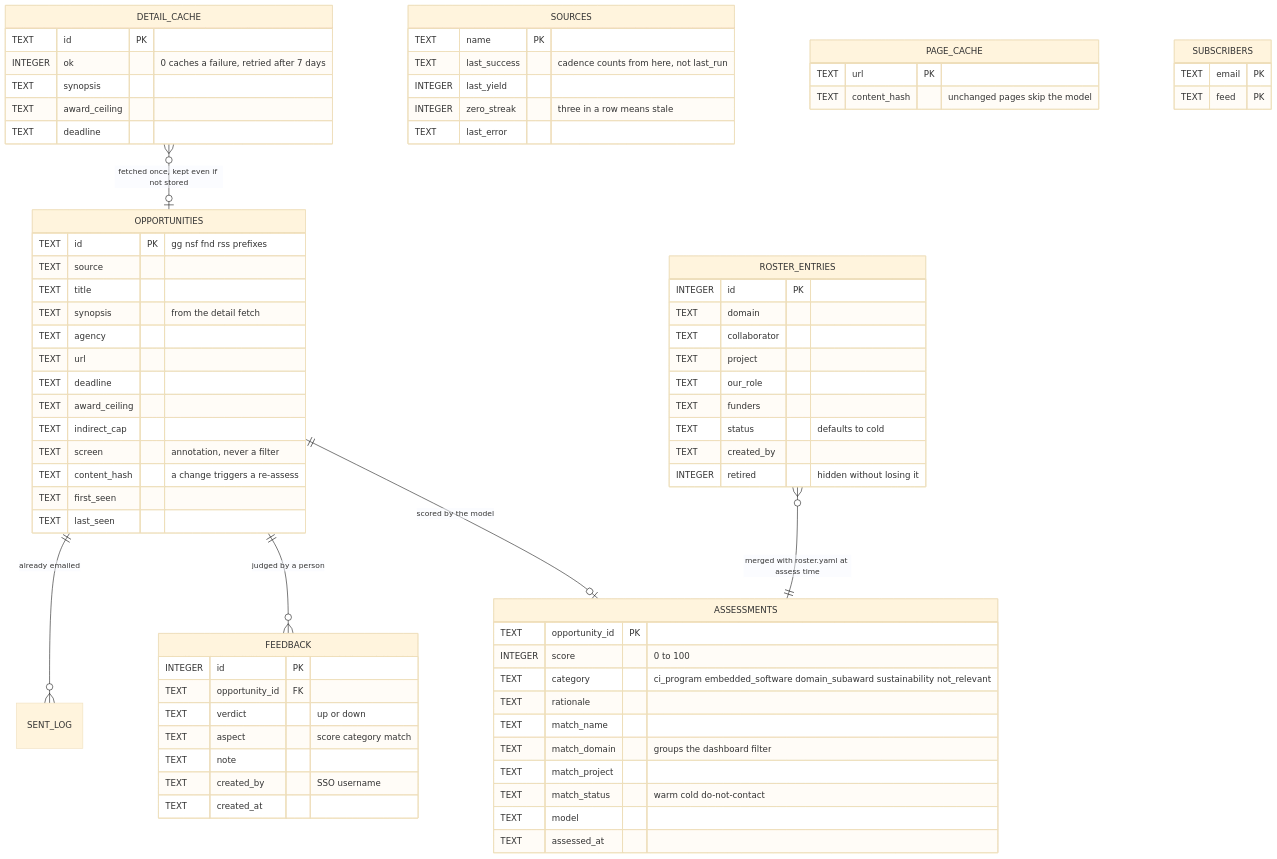
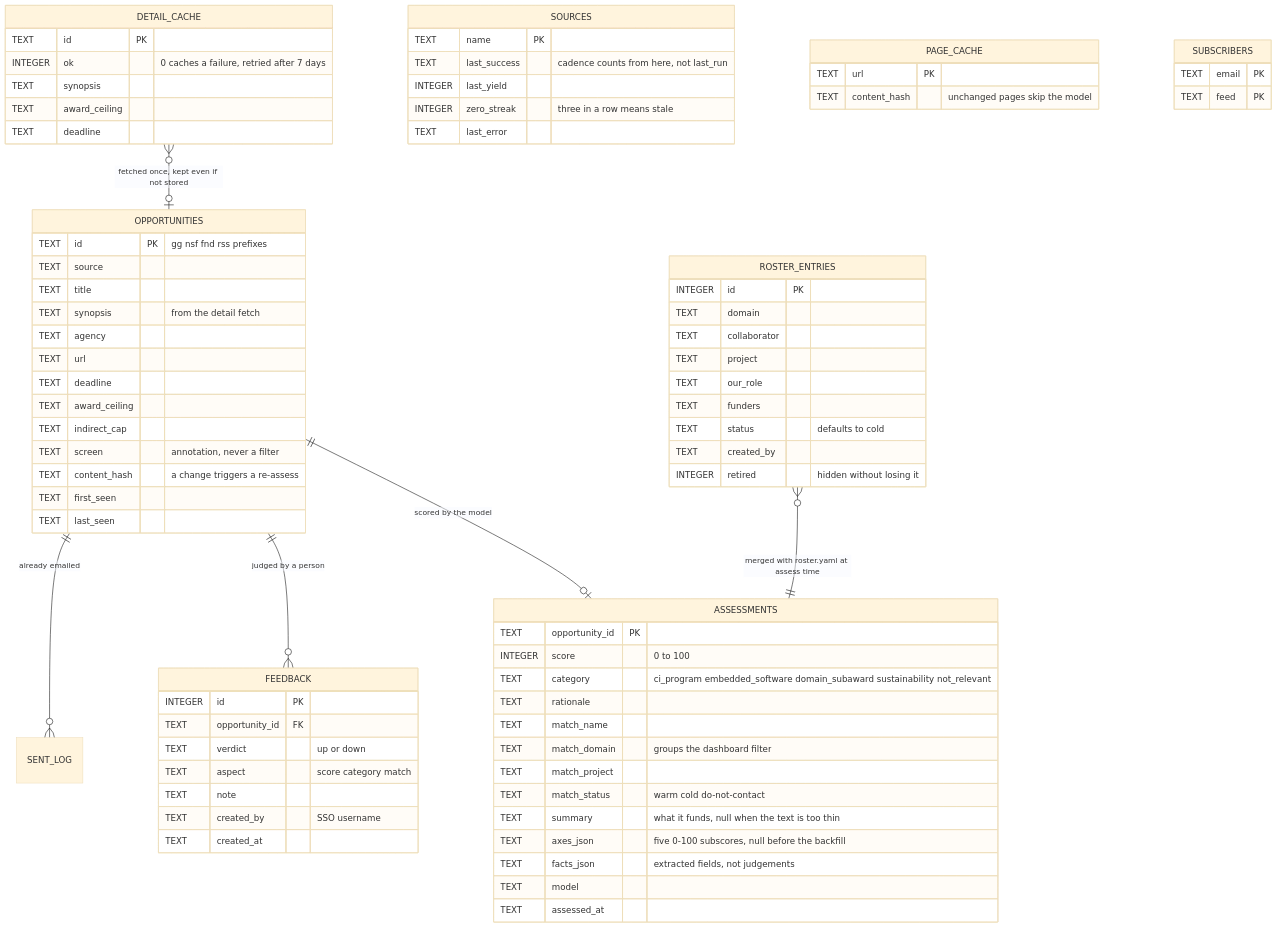
One commit to longshuicy/grant-sift changed the second of 3 diagrams in README.md. Above: the diagram before and after it, drawn with Mermaid (base theme). The commit also changed other lines of this file, not shown here.

First line of the commit message:
Document the summary, the new columns, and the export that shrank

````diff
--- a/README.md
+++ b/README.md
@@ -383,78 +423,81 @@
 ```mermaid
 erDiagram
     OPPORTUNITIES ||--o| ASSESSMENTS : "scored by the model"
     OPPORTUNITIES ||--o{ FEEDBACK : "judged by a person"
     OPPORTUNITIES ||--o{ SENT_LOG : "already emailed"
     DETAIL_CACHE }o--o| OPPORTUNITIES : "fetched once, kept even if not stored"
     ROSTER_ENTRIES }o--|| ASSESSMENTS : "merged with roster.yaml at assess time"
 
     OPPORTUNITIES {
         TEXT id PK "gg nsf fnd rss prefixes"
         TEXT source
         TEXT title
         TEXT synopsis "from the detail fetch"
         TEXT agency
         TEXT url
         TEXT deadline
         TEXT award_ceiling
         TEXT indirect_cap
         TEXT screen "annotation, never a filter"
         TEXT content_hash "a change triggers a re-assess"
         TEXT first_seen
         TEXT last_seen
     }
     ASSESSMENTS {
         TEXT opportunity_id PK
         INTEGER score "0 to 100"
         TEXT category "ci_program embedded_software domain_subaward sustainability not_relevant"
         TEXT rationale
         TEXT match_name
         TEXT match_domain "groups the dashboard filter"
         TEXT match_project
         TEXT match_status "warm cold do-not-contact"
+        TEXT summary "what it funds, null when the text is too thin"
+        TEXT axes_json "five 0-100 subscores, null before the backfill"
+        TEXT facts_json "extracted fields, not judgements"
         TEXT model
         TEXT assessed_at
     }
     FEEDBACK {
         INTEGER id PK
         TEXT opportunity_id FK
         TEXT verdict "up or down"
         TEXT aspect "score category match"
         TEXT note
         TEXT created_by "SSO username"
         TEXT created_at
     }
     ROSTER_ENTRIES {
         INTEGER id PK
         TEXT domain
         TEXT collaborator
         TEXT project
         TEXT our_role
         TEXT funders
         TEXT status "defaults to cold"
         TEXT created_by
         INTEGER retired "hidden without losing it"
     }
     DETAIL_CACHE {
         TEXT id PK
         INTEGER ok "0 caches a failure, retried after 7 days"
         TEXT synopsis
         TEXT award_ceiling
         TEXT deadline
     }
     SOURCES {
         TEXT name PK
         TEXT last_success "cadence counts from here, not last_run"
         INTEGER last_yield
         INTEGER zero_streak "three in a row means stale"
         TEXT last_error
     }
     PAGE_CACHE {
         TEXT url PK
         TEXT content_hash "unchanged pages skip the model"
     }
     SUBSCRIBERS {
         TEXT email PK
         TEXT feed PK
     }
 ```
````
